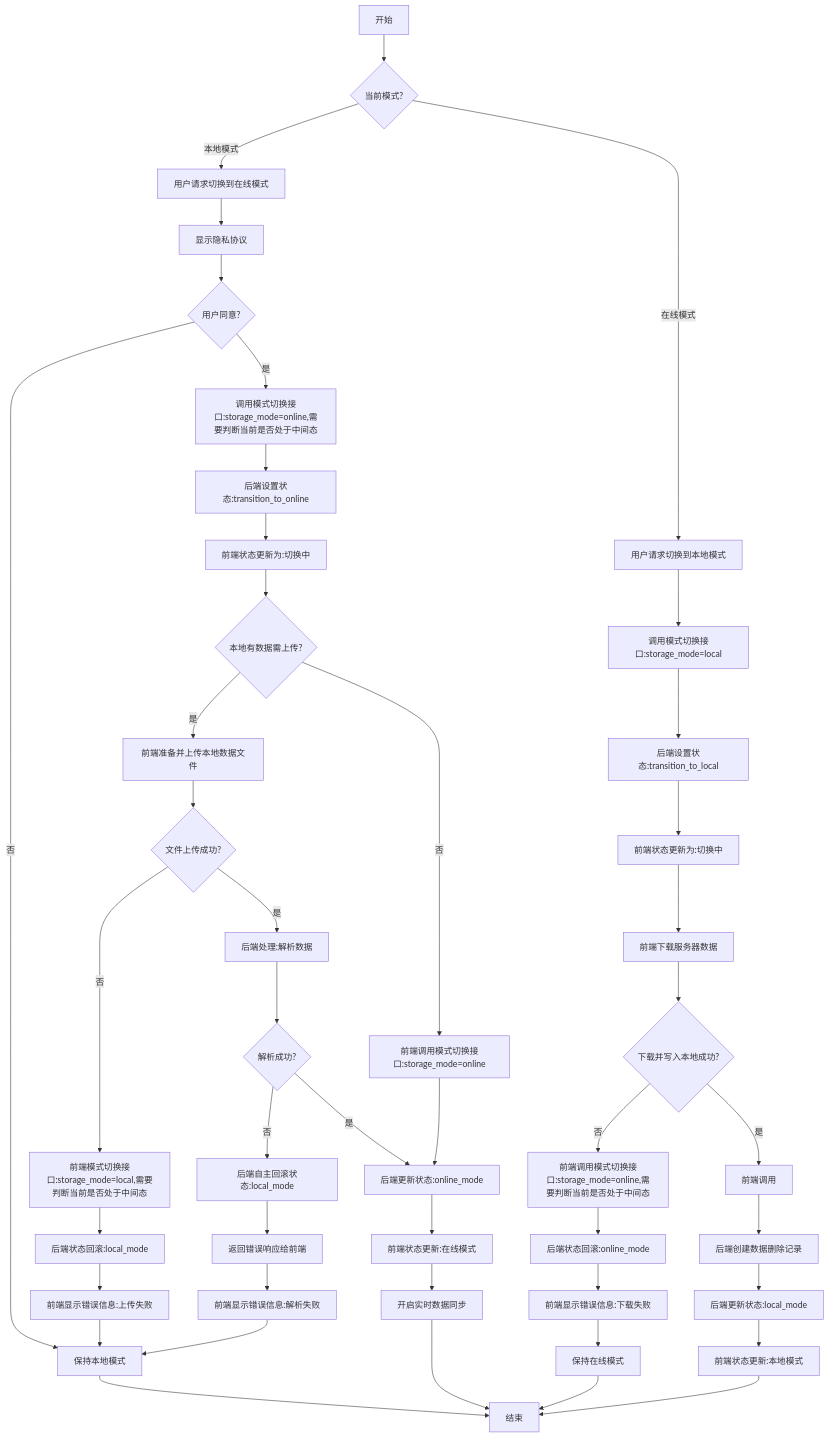
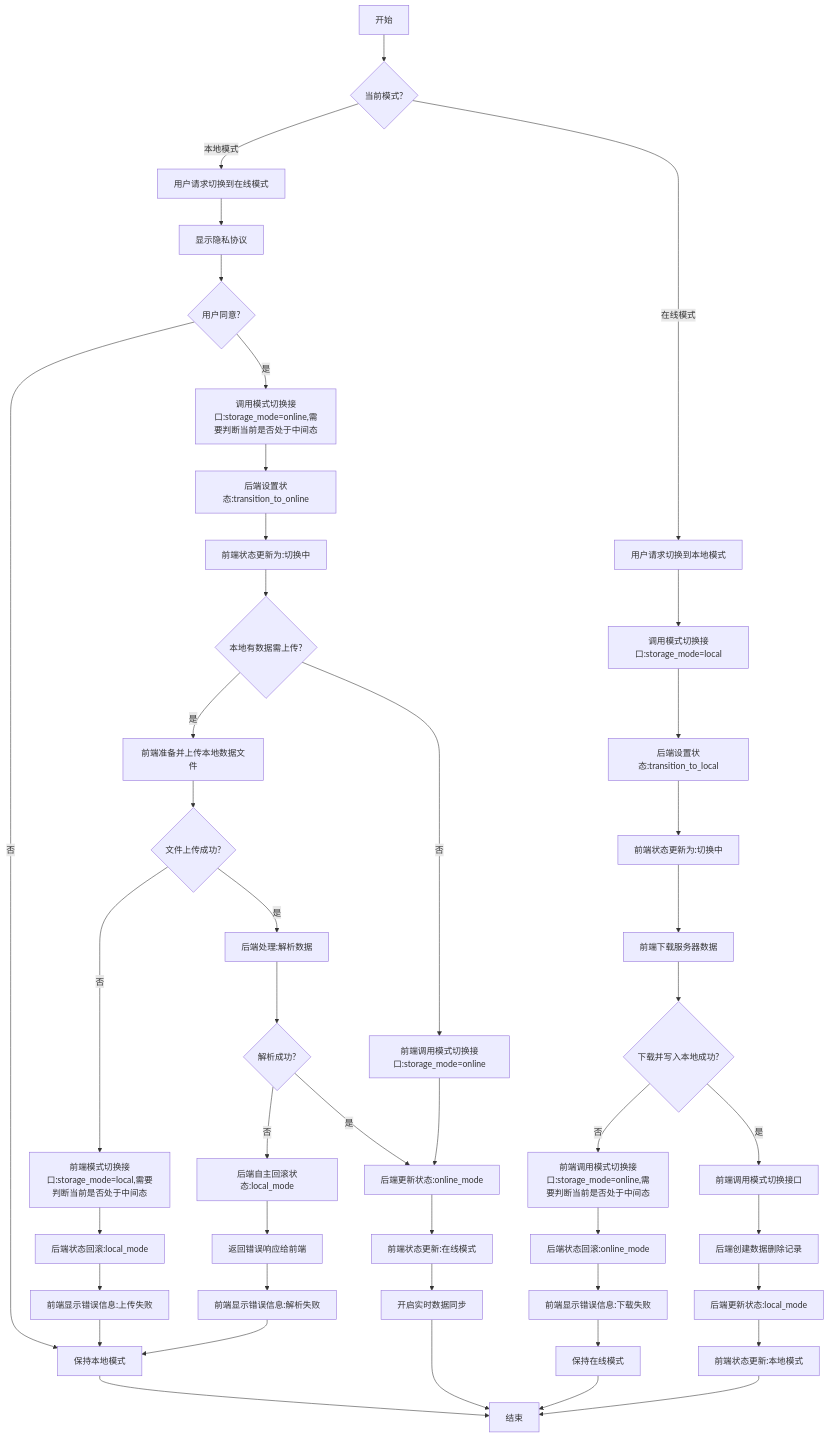
Before and after one commit to yingjianzh/iodraw-files: the diagram in all/未命名-58.md, drawn with Mermaid.

Commit message:
2025-05-14 10:48:21 update

````diff
--- a/all/未命名-58.md
+++ b/all/未命名-58.md
@@ -1,68 +1,68 @@
 ```mermaid
 flowchart TD
     A[开始] --> B{当前模式?}
     
     %% 本地模式转在线模式
     B -->|本地模式| C[用户请求切换到在线模式]
     C --> D[显示隐私协议]
     D --> E{用户同意?}
 
     E -->|否| F[保持本地模式]
     F --> Z[结束]
     
     E -->|是| G[调用模式切换接口:storage_mode=online,需要判断当前是否处于中间态]
     G --> H[后端设置状态:transition_to_online]
     H --> I[前端状态更新为:切换中]
     
     I --> J{本地有数据需上传?}
     
     %% 有本地数据需上传的情况
     J -->|是| K[前端准备并上传本地数据文件]
     K --> L{文件上传成功?}
     
     %% 上传失败的情况
     L -->|否| M[前端模式切换接口:storage_mode=local,需要判断当前是否处于中间态]
     M --> N[后端状态回滚:local_mode]
     N --> O[前端显示错误信息:上传失败]
     O --> F
     
     %% 上传成功但解析失败的情况
     L -->|是| P[后端处理:解析数据]
     P --> Q{解析成功?}
     Q -->|否| R[后端自主回滚状态:local_mode]
     R --> S[返回错误响应给前端]
     S --> T[前端显示错误信息:解析失败]
     T --> F
     
     %% 全部成功的情况
     Q -->|是| U[后端更新状态:online_mode]
     J -->|否| V[前端调用模式切换接口:storage_mode=online]
     V --> U
     
     U --> W[前端状态更新:在线模式]
     W --> X[开启实时数据同步]
     X --> Z
     
     %% 在线模式转本地模式
     B -->|在线模式| AA[用户请求切换到本地模式]
     AA --> AB[调用模式切换接口:storage_mode=local]
     AB --> AC[后端设置状态:transition_to_local]
     AC --> AD[前端状态更新为:切换中]
     
     AD --> AE[前端下载服务器数据]
     AE --> AF{下载并写入本地成功?}
     
     %% 下载失败的情况
     AF -->|否| AG[前端调用模式切换接口:storage_mode=online,需要判断当前是否处于中间态]
     AG --> AH[后端状态回滚:online_mode]
     AH --> AI[前端显示错误信息:下载失败]
     AI --> AJ[保持在线模式]
     AJ --> Z
     
     %% 下载成功的情况
-    AF -->|是| AK[前端调用]
+    AF -->|是| AK[前端调用模式切换接口]
     AK --> AL[后端创建数据删除记录]
     AL --> AM[后端更新状态:local_mode]
     AM --> AN[前端状态更新:本地模式]
     AN --> Z
 ```
````
